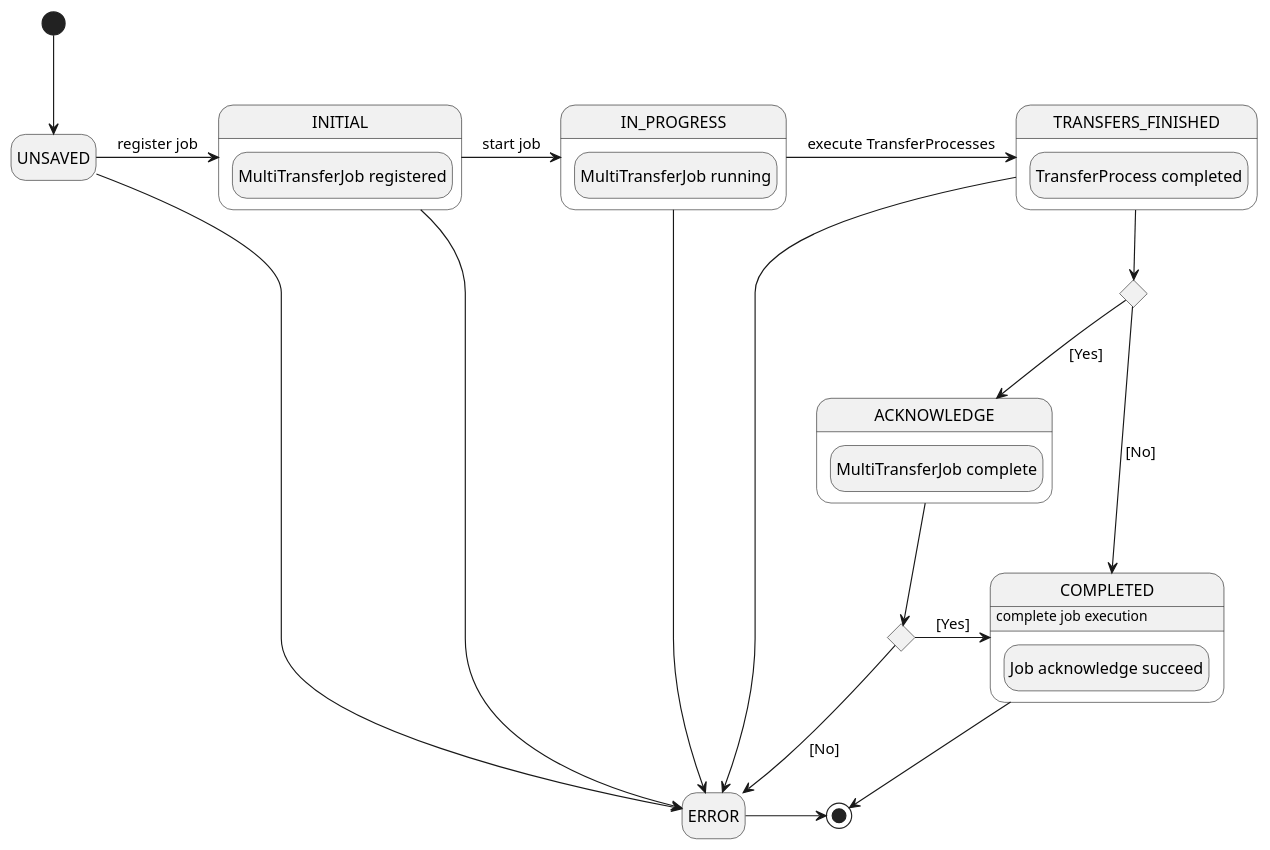
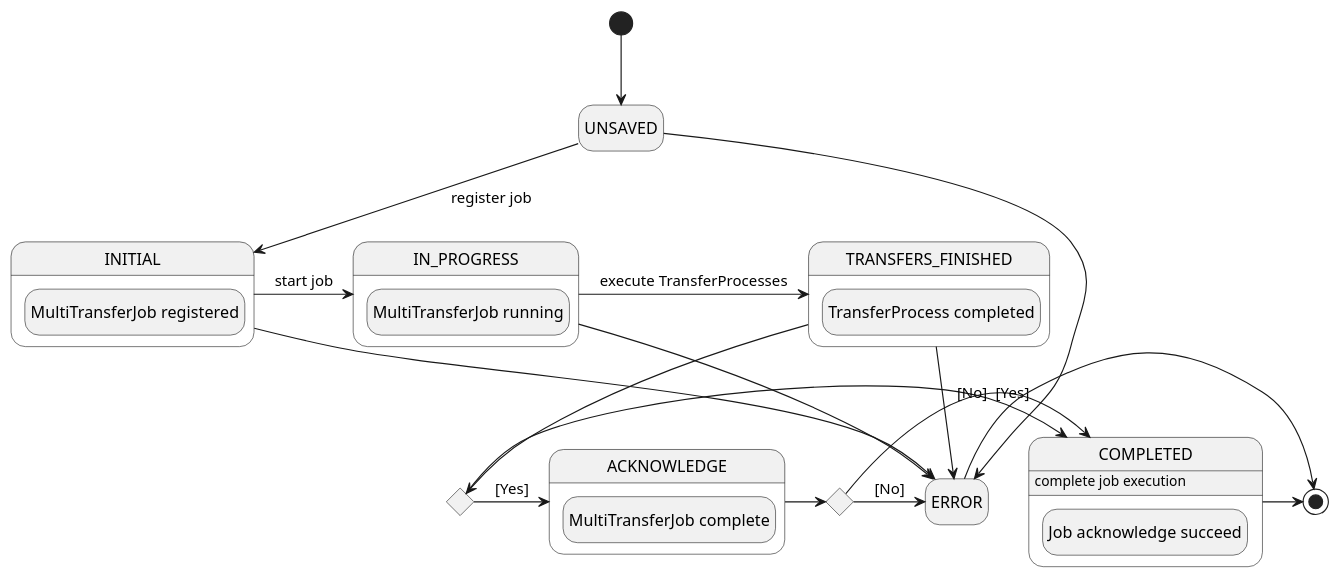
One commit to eclipse-tractusx/item-relationship-service changed the diagram in uml-diagrams/spike/esr-certificates/esr-certificates-job-states.puml. Above: the diagram before and after it, drawn with PlantUML. The commit also changed 6 other files, not shown here.

Commit message:
chore(uml):[TRI-598] update styling of diagrams and add mindmap

```diff
--- a/uml-diagrams/spike/esr-certificates/esr-certificates-job-states.puml
+++ b/uml-diagrams/spike/esr-certificates/esr-certificates-job-states.puml
@@ -1,48 +1,48 @@
 @startuml
 
 skinparam monochrome true
 skinparam shadowing false
 
 hide empty description
 
 state INITIAL {
     state "MultiTransferJob registered"
 
 }
 state IN_PROGRESS {
     state "MultiTransferJob running"
 
 }
 state TRANSFERS_FINISHED {
     state "TransferProcess completed"
 }
 state ACK_Required <<choice>>
 
 state ACKNOWLEDGE {
     state "MultiTransferJob complete"
 }
 state ACK_POSITIVE <<choice>>
 
 state COMPLETED {
     state "Job acknowledge succeed"
 }
 
 [*] --> UNSAVED
-UNSAVED -> INITIAL : register job
+UNSAVED --> INITIAL : register job
 INITIAL -> IN_PROGRESS : start job
 IN_PROGRESS -> TRANSFERS_FINISHED : execute TransferProcesses
-TRANSFERS_FINISHED --> ACK_Required
-ACK_Required --> COMPLETED : [No]
-ACK_Required --> ACKNOWLEDGE : [Yes]
-ACKNOWLEDGE --> ACK_POSITIVE
+TRANSFERS_FINISHED -> ACK_Required
+ACK_Required -> COMPLETED : [No]
+ACK_Required -> ACKNOWLEDGE : [Yes]
+ACKNOWLEDGE -> ACK_POSITIVE
 ACK_POSITIVE -> COMPLETED : [Yes]
-ACK_POSITIVE --> ERROR : [No]
+ACK_POSITIVE -> ERROR : [No]
 COMPLETED : complete job execution
-COMPLETED --> [*]
-UNSAVED --> ERROR
-INITIAL --> ERROR
+COMPLETED -> [*]
+UNSAVED -> ERROR
+INITIAL -> ERROR
 IN_PROGRESS --> ERROR
 TRANSFERS_FINISHED --> ERROR
 ERROR -> [*]
 
 @enduml
```
